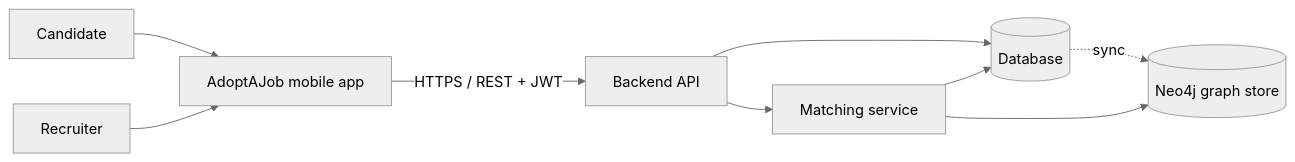
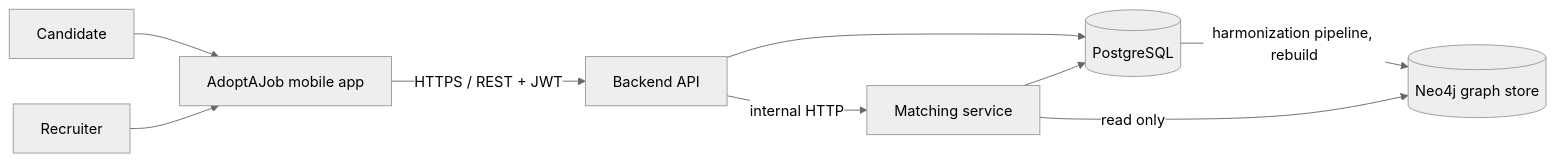
Before and after one commit to bhsei/26A: the diagram in docs/requirements/SRS.md, drawn with Mermaid (neutral theme). The commit also changed other lines of this file, not shown here.

````diff
--- a/docs/requirements/SRS.md
+++ b/docs/requirements/SRS.md
@@ -101,11 +127,11 @@
 ```mermaid
 flowchart LR
     C[Candidate] --> APP[AdoptAJob mobile app]
     R[Recruiter] --> APP
     APP -- HTTPS / REST + JWT --> API[Backend API]
-    API --> DB[(Database)]
-    API --> MS[Matching service]
+    API --> DB[(PostgreSQL)]
+    API -- internal HTTP --> MS[Matching service]
     MS --> DB
-    DB -. sync .-> G[(Neo4j graph store)]
-    MS --> G
+    DB -- harmonization pipeline, rebuild --> G[(Neo4j graph store)]
+    MS -- read only --> G
 ```
````
